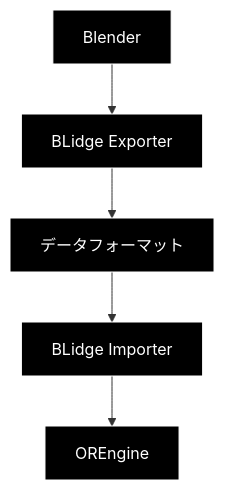
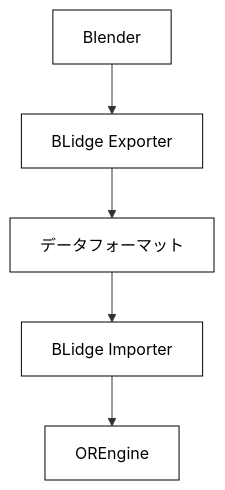
One commit to ukonpower/OREngine changed the first of 2 diagrams in docs/integration/blender.md. Above: the diagram before and after it, drawn with Mermaid. The commit also changed other lines of this file and 6 other files, not shown here.

````diff
--- a/docs/integration/blender.md
+++ b/docs/integration/blender.md
@@ -10,13 +10,13 @@
 ```mermaid
 graph TD
     Blender[Blender] --> Exporter[BLidge Exporter]
     Exporter --> Format[データフォーマット]
     Format --> Importer[BLidge Importer]
     Importer --> Engine[OREngine]
 
-    style Blender fill:#000,stroke:#fff,color:#fff
-    style Exporter fill:#000,stroke:#fff,color:#fff
-    style Format fill:#000,stroke:#fff,color:#fff
-    style Importer fill:#000,stroke:#fff,color:#fff
-    style Engine fill:#000,stroke:#fff,color:#fff
+    style Blender fill:#fff,stroke:#000,color:#000
+    style Exporter fill:#fff,stroke:#000,color:#000
+    style Format fill:#fff,stroke:#000,color:#000
+    style Importer fill:#fff,stroke:#000,color:#000
+    style Engine fill:#fff,stroke:#000,color:#000
 ```
````
